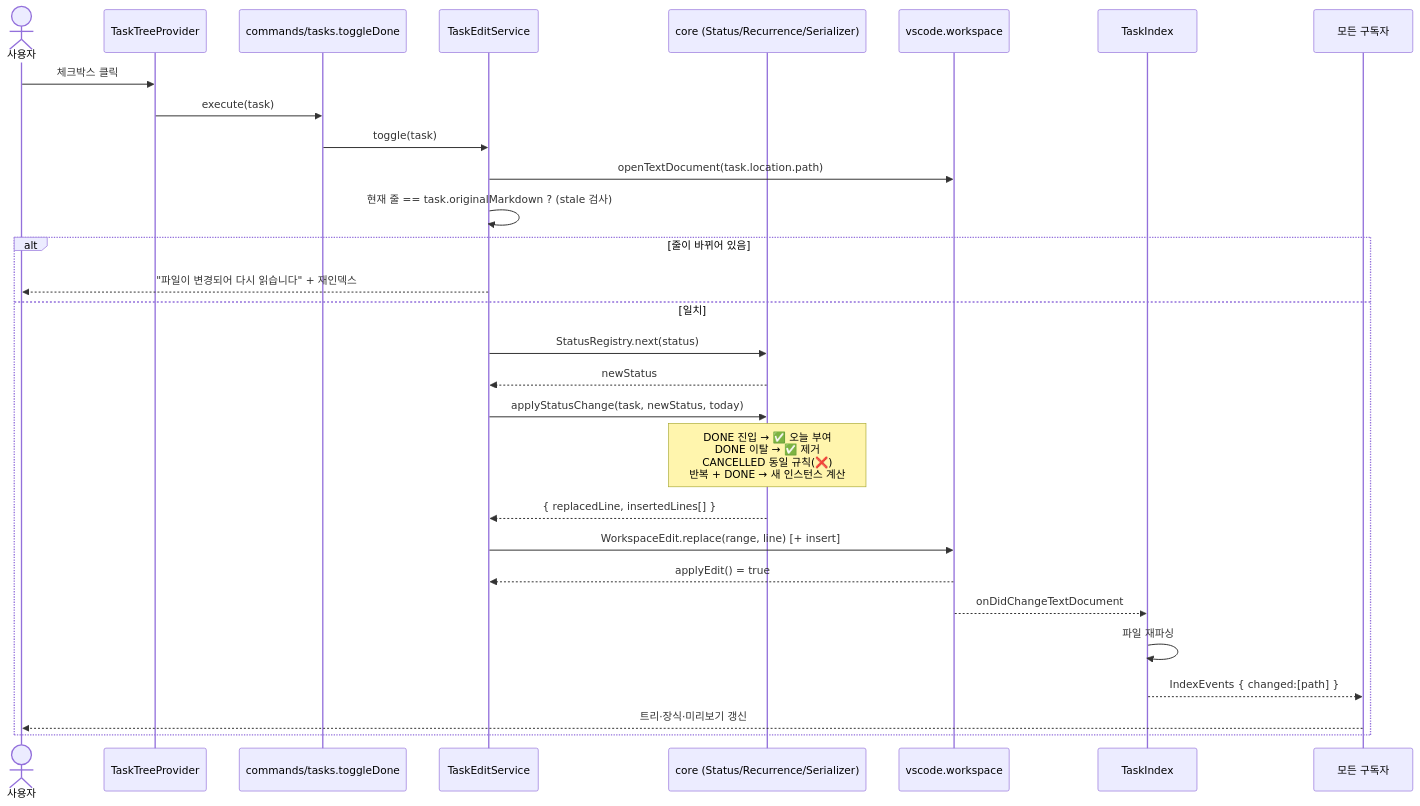
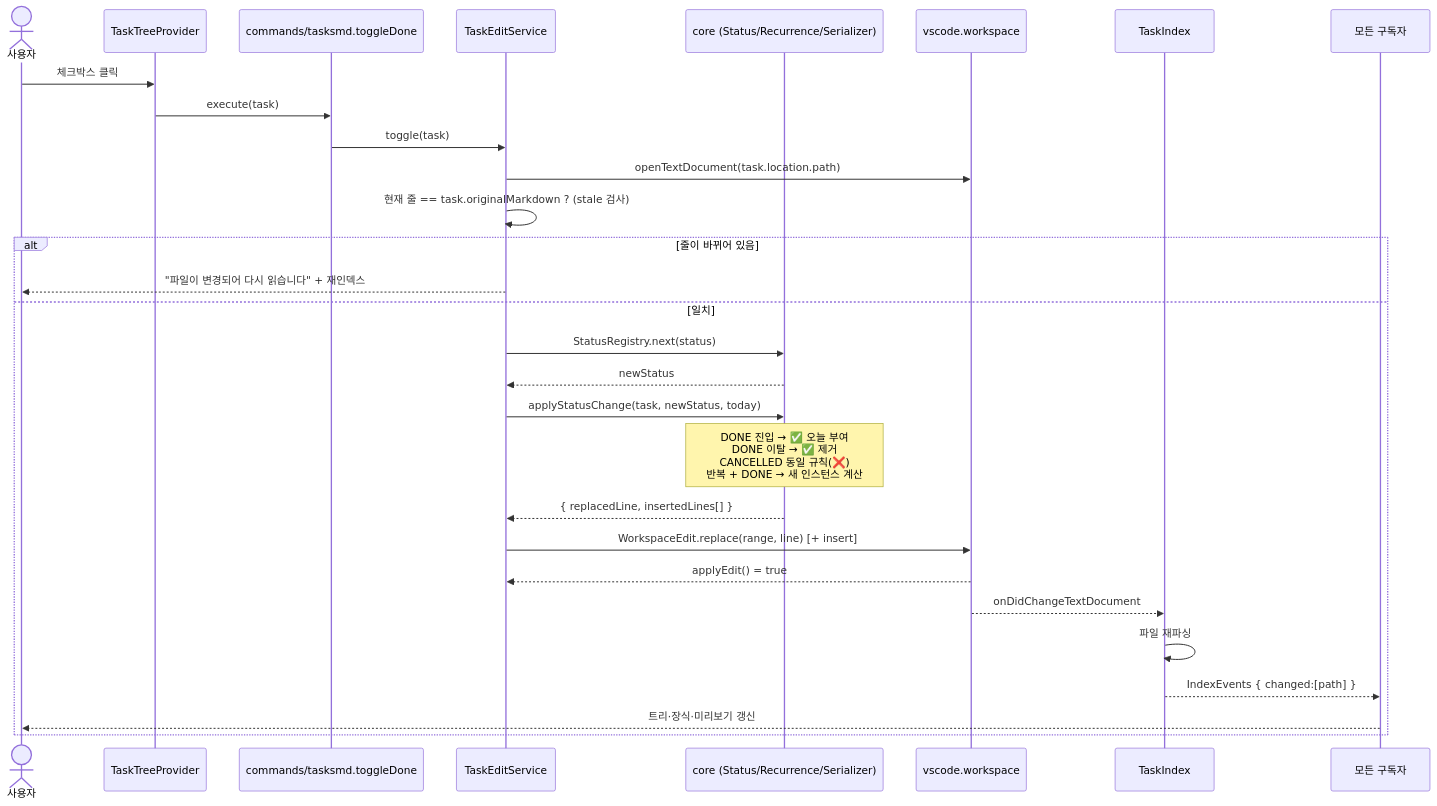
The fifth of 15 diagrams in docs/design.md (W-Leester/tasks-for-markdown), drawn with Mermaid before and after one commit. The commit also changed other lines of this file and 9 other files, not shown here.

First line of the commit message:
M1.1: settings module and configuration schema

````diff
--- a/docs/design.md
+++ b/docs/design.md
@@ -332,32 +332,32 @@
 ```mermaid
 sequenceDiagram
     actor U as 사용자
     participant TV as TaskTreeProvider
-    participant CMD as commands/tasks.toggleDone
+    participant CMD as commands/tasksmd.toggleDone
     participant ES as TaskEditService
     participant CORE as core (Status/Recurrence/Serializer)
     participant VS as vscode.workspace
     participant IDX as TaskIndex
     participant Views as 모든 구독자
 
     U->>TV: 체크박스 클릭
     TV->>CMD: execute(task)
     CMD->>ES: toggle(task)
     ES->>VS: openTextDocument(task.location.path)
     ES->>ES: 현재 줄 == task.originalMarkdown ? (stale 검사)
     alt 줄이 바뀌어 있음
         ES-->>U: "파일이 변경되어 다시 읽습니다" + 재인덱스
     else 일치
         ES->>CORE: StatusRegistry.next(status)
         CORE-->>ES: newStatus
         ES->>CORE: applyStatusChange(task, newStatus, today)
         Note over CORE: DONE 진입 → ✅ 오늘 부여<br/>DONE 이탈 → ✅ 제거<br/>CANCELLED 동일 규칙(❌)<br/>반복 + DONE → 새 인스턴스 계산
         CORE-->>ES: { replacedLine, insertedLines[] }
         ES->>VS: WorkspaceEdit.replace(range, line) [+ insert]
         VS-->>ES: applyEdit() = true
         VS-->>IDX: onDidChangeTextDocument
         IDX->>IDX: 파일 재파싱
         IDX-->>Views: IndexEvents { changed:[path] }
         Views-->>U: 트리·장식·미리보기 갱신
     end
 ```
````
